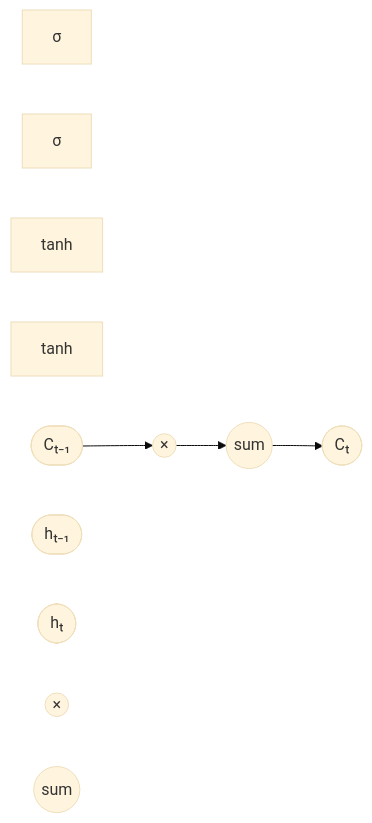
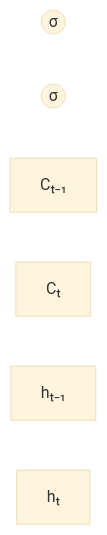
The third of 3 diagrams in content/2024-04-12.md (SykChw/old.sykchw.github.io), drawn with Mermaid (base theme) before and after one commit. The commit also changed other lines of this file and 1 other file, not shown here.

Commit message:
Quartz sync: May 12, 2024, 7:53 PM

````diff
--- a/content/2024-04-12.md
+++ b/content/2024-04-12.md
@@ -74,22 +74,13 @@
 ```mermaid
 flowchart LR
 
-sig1[σ]
-sig2[σ]
-th1[tanh]
-th2[tanh]
-li([Cₜ₋₁])
-lo([Cₜ])
-si([hₜ₋₁])
-so([hₜ])
-mul1((×))
-mul2((×))
-sum1((sum))
-sum2((sum))
+sig1((σ))
+sig2((σ))
+li[Cₜ₋₁]
+lo[Cₜ]
+si[hₜ₋₁]
+so[hₜ]
 
-li --> mul1 --> sum1 --> lo
-
-si 
 
 
 ```
````
